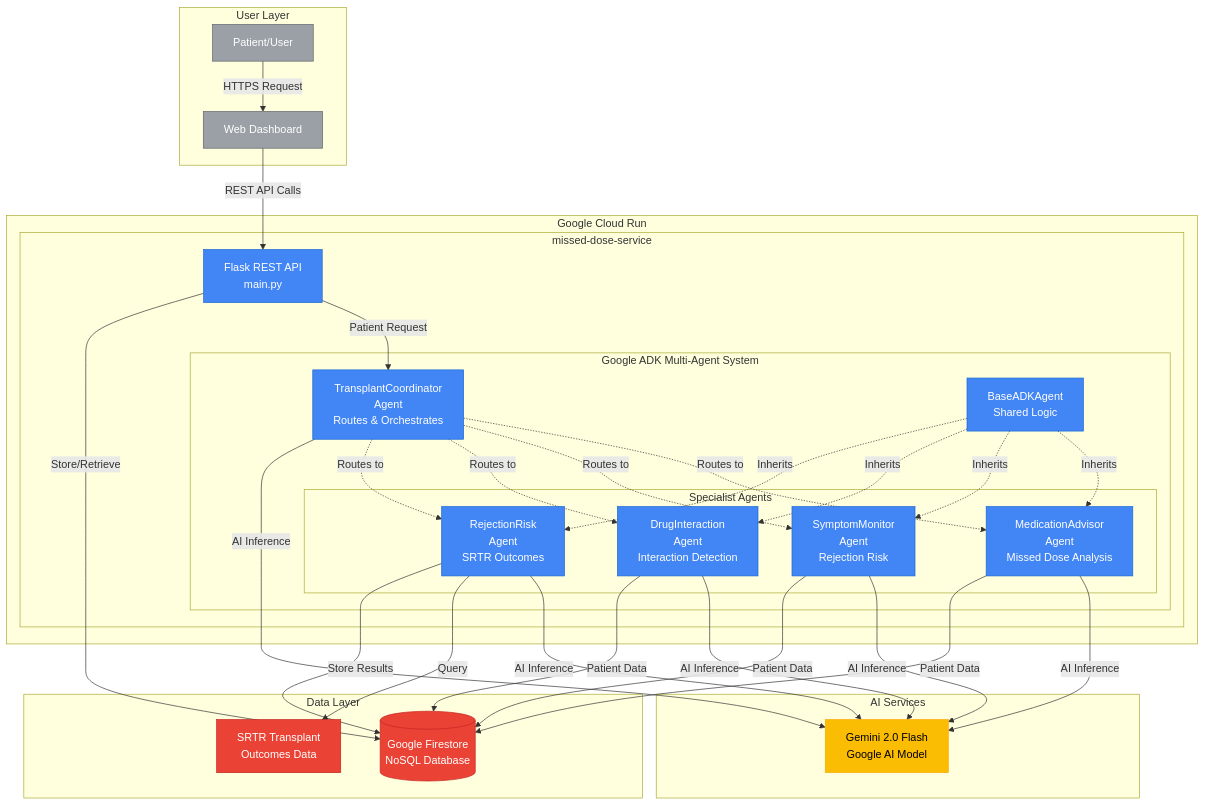
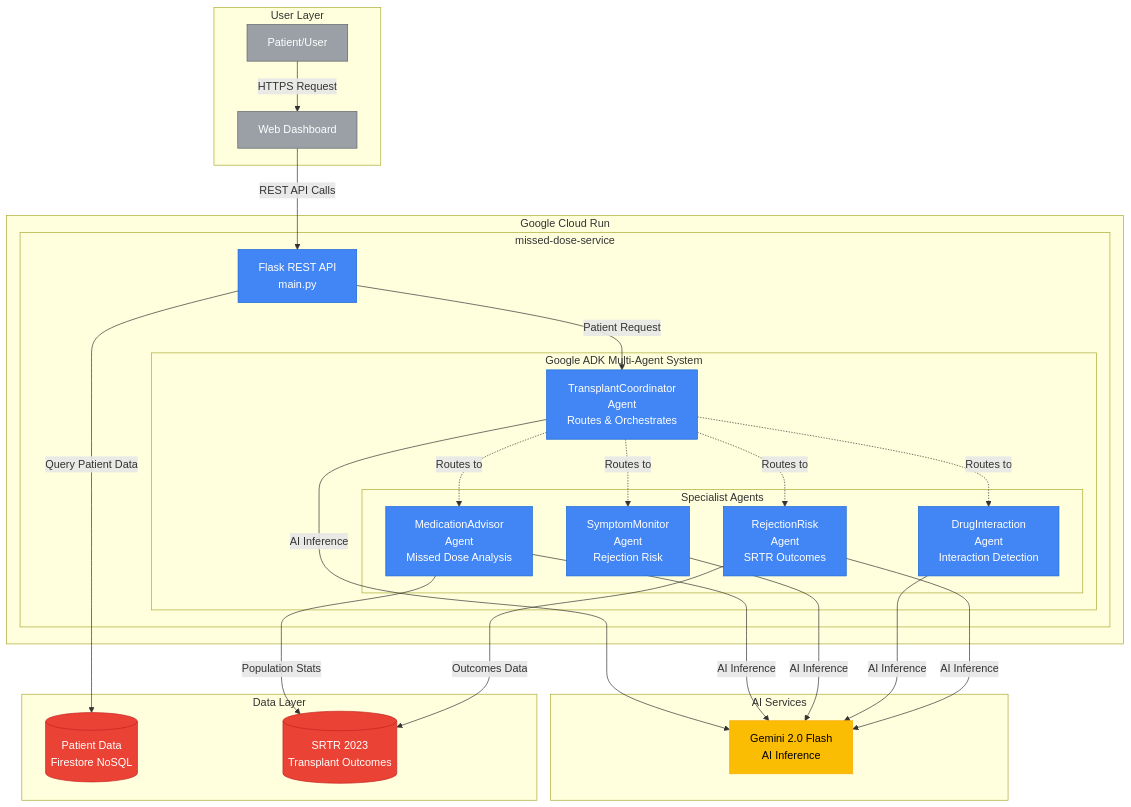
Before and after one commit to adamkwhite/transplant-gcp: the diagram in docs/architecture/system-architecture.md, drawn with Mermaid. The commit also changed 5 other files, not shown here.

First line of the commit message:
chore: Sync Cloud Run service with earlier landing page improvements

````diff
--- a/docs/architecture/system-architecture.md
+++ b/docs/architecture/system-architecture.md
@@ -5,81 +5,72 @@
 ```mermaid
 graph TB
     subgraph "User Layer"
         Patient[Patient/User]
         WebUI[Web Dashboard]
     end
 
     subgraph "Google Cloud Run"
         subgraph "missed-dose-service"
             API[Flask REST API<br/>main.py]
 
             subgraph "Google ADK Multi-Agent System"
                 Coordinator[TransplantCoordinator<br/>Agent<br/>Routes & Orchestrates]
 
                 subgraph "Specialist Agents"
                     MedAdvisor[MedicationAdvisor<br/>Agent<br/>Missed Dose Analysis]
                     SymptomMon[SymptomMonitor<br/>Agent<br/>Rejection Risk]
                     DrugCheck[DrugInteraction<br/>Agent<br/>Interaction Detection]
                     RejectionAgent[RejectionRisk<br/>Agent<br/>SRTR Outcomes]
                 end
-
-                BaseAgent[BaseADKAgent<br/>Shared Logic]
             end
         end
     end
 
     subgraph "AI Services"
-        Gemini[Gemini 2.0 Flash<br/>Google AI Model]
+        Gemini[Gemini 2.0 Flash<br/>AI Inference]
     end
 
     subgraph "Data Layer"
-        Firestore[(Google Firestore<br/>NoSQL Database)]
-        SRTR[SRTR Transplant<br/>Outcomes Data]
+        Firestore[(Patient Data<br/>Firestore NoSQL)]
+        SRTR[(SRTR 2023<br/>Transplant Outcomes)]
     end
 
     %% User interactions
     Patient -->|HTTPS Request| WebUI
     WebUI -->|REST API Calls| API
 
     %% API to Coordinator
     API -->|Patient Request| Coordinator
 
     %% Coordinator to Specialists (ADK sub_agents pattern)
     Coordinator -.->|Routes to| MedAdvisor
     Coordinator -.->|Routes to| SymptomMon
     Coordinator -.->|Routes to| DrugCheck
     Coordinator -.->|Routes to| RejectionAgent
 
-    %% Inheritance relationships
-    BaseAgent -.->|Inherits| MedAdvisor
-    BaseAgent -.->|Inherits| SymptomMon
-    BaseAgent -.->|Inherits| DrugCheck
-    BaseAgent -.->|Inherits| RejectionAgent
-
-    %% AI Model connections
+    %% All agents use AI Inference
     Coordinator -->|AI Inference| Gemini
     MedAdvisor -->|AI Inference| Gemini
     SymptomMon -->|AI Inference| Gemini
     DrugCheck -->|AI Inference| Gemini
     RejectionAgent -->|AI Inference| Gemini
 
-    %% Database connections
-    API -->|Store/Retrieve| Firestore
-    MedAdvisor -->|Patient Data| Firestore
-    SymptomMon -->|Patient Data| Firestore
-    DrugCheck -->|Patient Data| Firestore
-    RejectionAgent -->|Query| SRTR
-    RejectionAgent -->|Store Results| Firestore
+    %% Flask API queries patient data from Firestore
+    API -->|Query Patient Data| Firestore
+
+    %% Specialist agents query SRTR data directly
+    MedAdvisor -->|Population Stats| SRTR
+    RejectionAgent -->|Outcomes Data| SRTR
 
     %% Styling
     classDef cloudRun fill:#4285F4,stroke:#1967D2,color:#fff
     classDef agent fill:#34A853,stroke:#188038,color:#fff
     classDef ai fill:#FBBC04,stroke:#F9AB00,color:#000
     classDef data fill:#EA4335,stroke:#C5221F,color:#fff
     classDef user fill:#9AA0A6,stroke:#5F6368,color:#fff
 
-    class API,Coordinator,MedAdvisor,SymptomMon,DrugCheck,RejectionAgent,BaseAgent cloudRun
+    class API,Coordinator,MedAdvisor,SymptomMon,DrugCheck,RejectionAgent cloudRun
     class Gemini ai
     class Firestore,SRTR data
     class Patient,WebUI user
 ```
````
